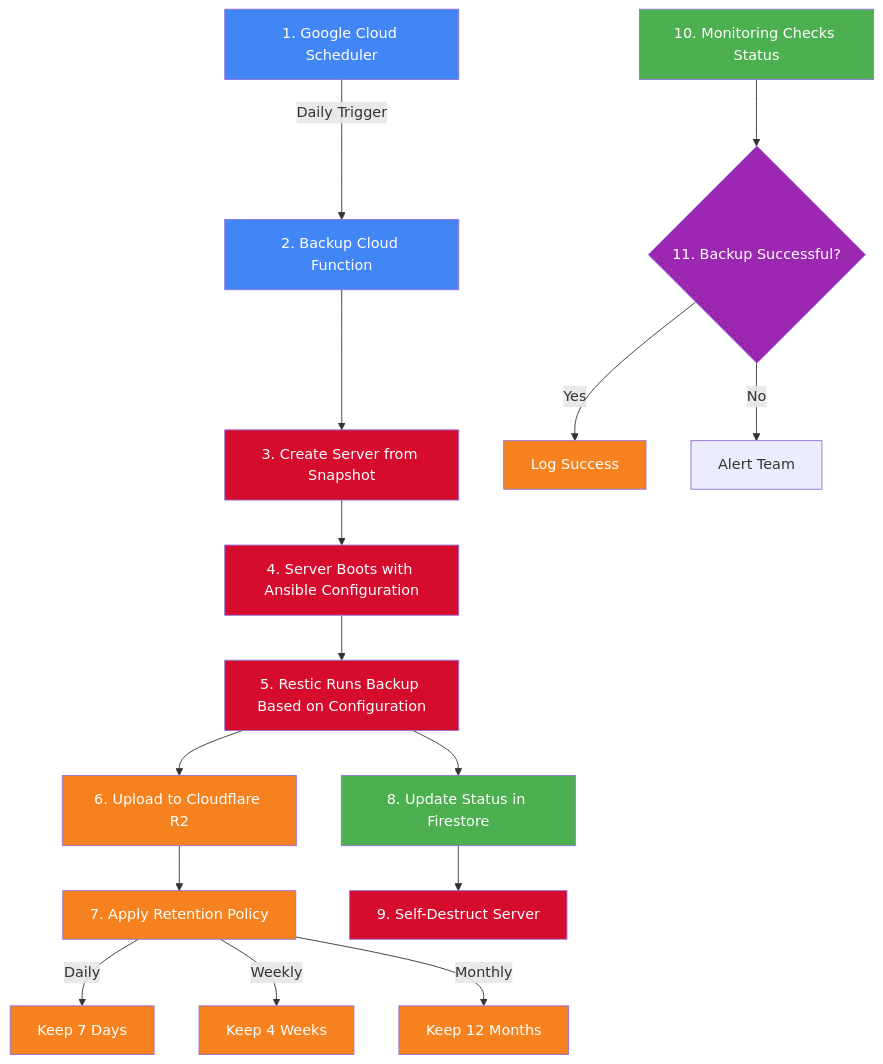
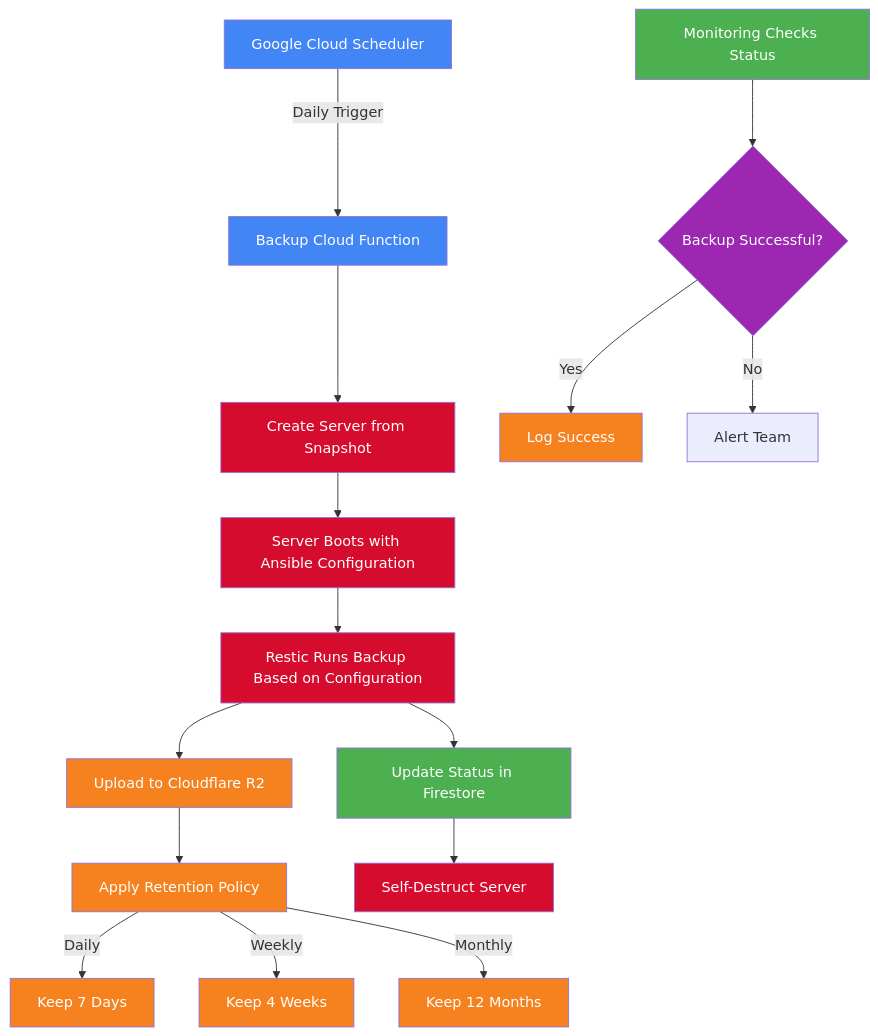
The fourth of 7 diagrams in documentation/infrastructure-diagrams.md (deepbrainspace/deepbrain-stack), drawn with Mermaid before and after one commit. The commit also changed other lines of this file, not shown here.

````diff
--- a/documentation/infrastructure-diagrams.md
+++ b/documentation/infrastructure-diagrams.md
@@ -203,34 +203,34 @@
 ```mermaid
 flowchart TD
-    A[1. Google Cloud Scheduler] -->|Daily Trigger| B[2. Backup Cloud Function]
-    B --> C[3. Create Server from Snapshot]
-    C --> D[4. Server Boots with Ansible Configuration]
+    A["Google Cloud Scheduler"] -->|Daily Trigger| B["Backup Cloud Function"]
+    B --> C["Create Server from Snapshot"]
+    C --> D["Server Boots with Ansible Configuration"]
     
-    D --> E[5. Restic Runs Backup Based on Configuration]
-    E --> F[6. Upload to Cloudflare R2]
+    D --> E["Restic Runs Backup Based on Configuration"]
+    E --> F["Upload to Cloudflare R2"]
     
-    F --> G[7. Apply Retention Policy]
-    G -->|Daily| H[Keep 7 Days]
-    G -->|Weekly| I[Keep 4 Weeks]
-    G -->|Monthly| J[Keep 12 Months]
+    F --> G["Apply Retention Policy"]
+    G -->|Daily| H["Keep 7 Days"]
+    G -->|Weekly| I["Keep 4 Weeks"]
+    G -->|Monthly| J["Keep 12 Months"]
     
-    E --> K[8. Update Status in Firestore]
-    K --> L[9. Self-Destruct Server]
+    E --> K["Update Status in Firestore"]
+    K --> L["Self-Destruct Server"]
     
-    M[10. Monitoring Checks Status] --> N{11. Backup Successful?}
-    N -->|Yes| O[Log Success]
-    N -->|No| P[Alert Team]
+    M["Monitoring Checks Status"] --> N{"Backup Successful?"}
+    N -->|Yes| O["Log Success"]
+    N -->|No| P["Alert Team"]
     
     classDef gcp fill:#4285F4,color:white;
     classDef hetzner fill:#D50C2D,color:white;
     classDef cloudflare fill:#F6821F,color:white;
     classDef process fill:#4CAF50,color:white;
     classDef decision fill:#9C27B0,color:white;
     
     class A,B gcp;
     class C,D,E,L hetzner;
     class F,G,H,I,J,O cloudflare;
     class K,M process;
     class N decision;
     class P alert;
 ```
````
